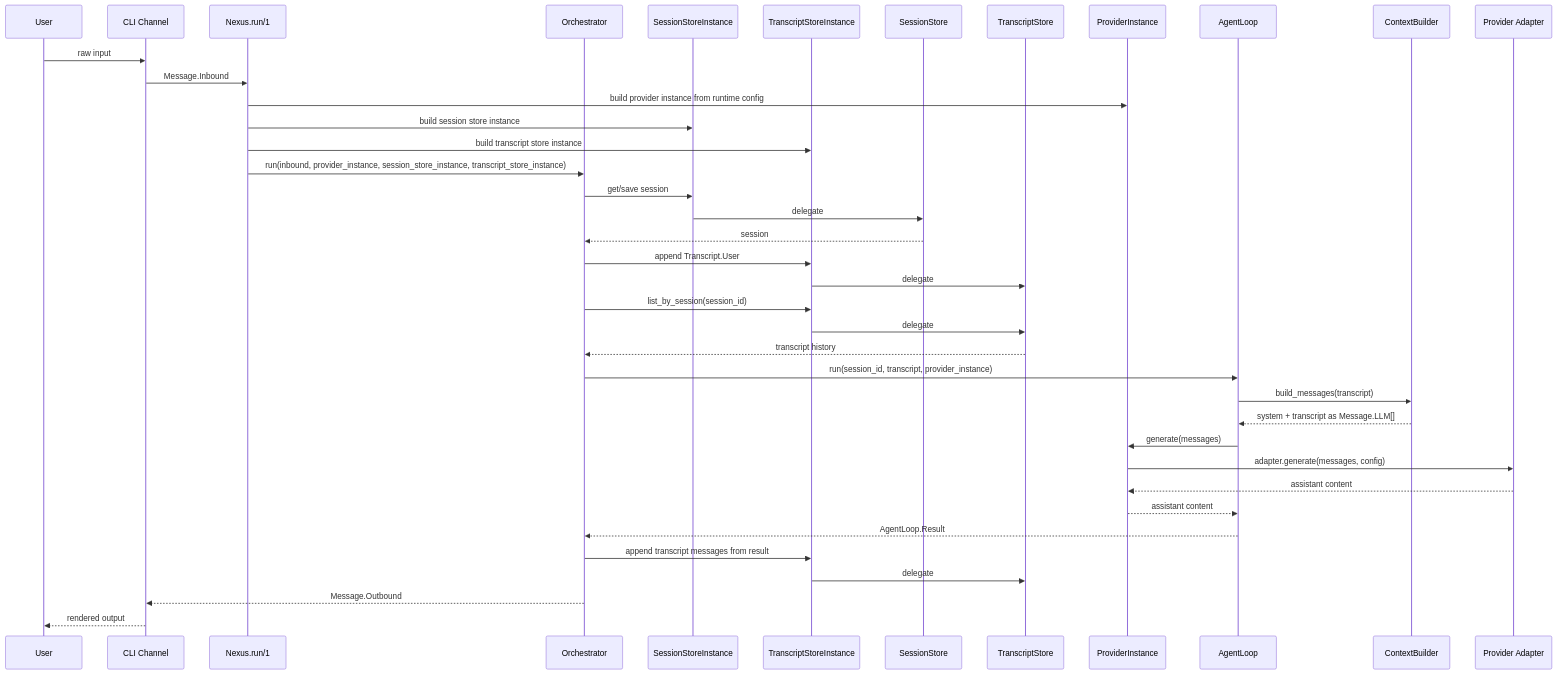
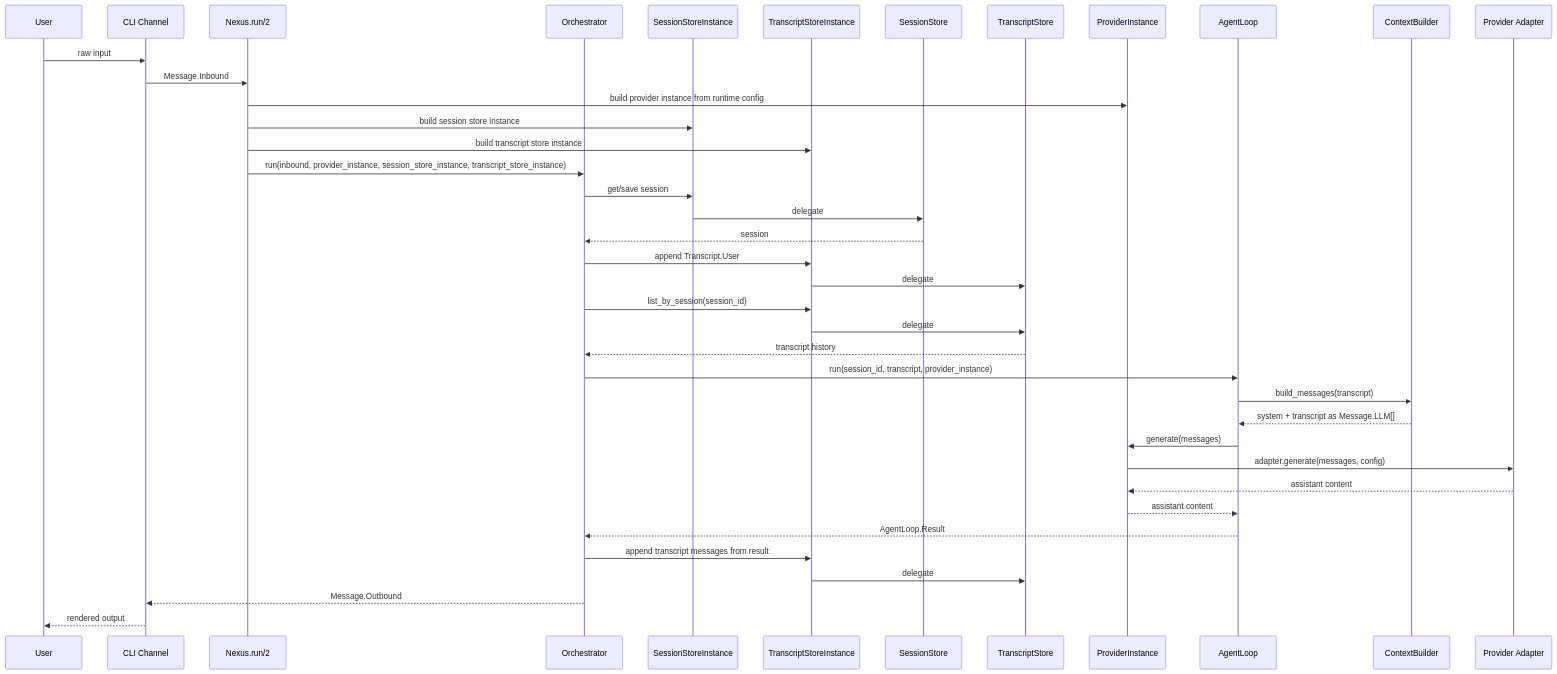
The second of 3 diagrams in docs/architecture-diagrams.md (0xc14m1z/nexus), drawn with Mermaid before and after one commit. The commit also changed other lines of this file and 8 other files, not shown here.

Commit message:
refactor: unify runtime config selection through nexus run

````diff
--- a/docs/architecture-diagrams.md
+++ b/docs/architecture-diagrams.md
@@ -58,42 +58,42 @@
 ```mermaid
 sequenceDiagram
     participant U as User
     participant C as CLI Channel
-    participant R as Nexus.run/1
+    participant R as Nexus.run/2
     participant O as Orchestrator
     participant SSI as SessionStoreInstance
     participant TSI as TranscriptStoreInstance
     participant S as SessionStore
     participant T as TranscriptStore
     participant PI as ProviderInstance
     participant A as AgentLoop
     participant B as ContextBuilder
     participant P as Provider Adapter
 
     U->>C: raw input
     C->>R: Message.Inbound
     R->>PI: build provider instance from runtime config
     R->>SSI: build session store instance
     R->>TSI: build transcript store instance
     R->>O: run(inbound, provider_instance, session_store_instance, transcript_store_instance)
     O->>SSI: get/save session
     SSI->>S: delegate
     S-->>O: session
     O->>TSI: append Transcript.User
     TSI->>T: delegate
     O->>TSI: list_by_session(session_id)
     TSI->>T: delegate
     T-->>O: transcript history
     O->>A: run(session_id, transcript, provider_instance)
     A->>B: build_messages(transcript)
     B-->>A: system + transcript as Message.LLM[]
     A->>PI: generate(messages)
     PI->>P: adapter.generate(messages, config)
     P-->>PI: assistant content
     PI-->>A: assistant content
     A-->>O: AgentLoop.Result
     O->>TSI: append transcript messages from result
     TSI->>T: delegate
     O-->>C: Message.Outbound
     C-->>U: rendered output
 ```
````
